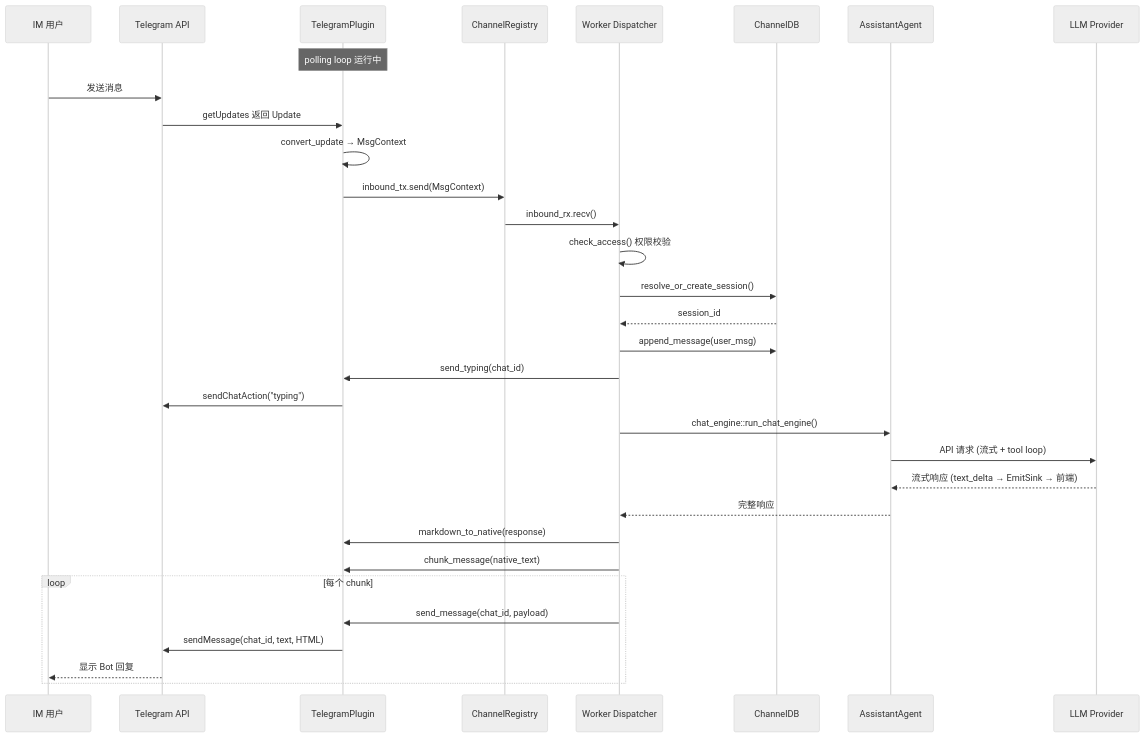
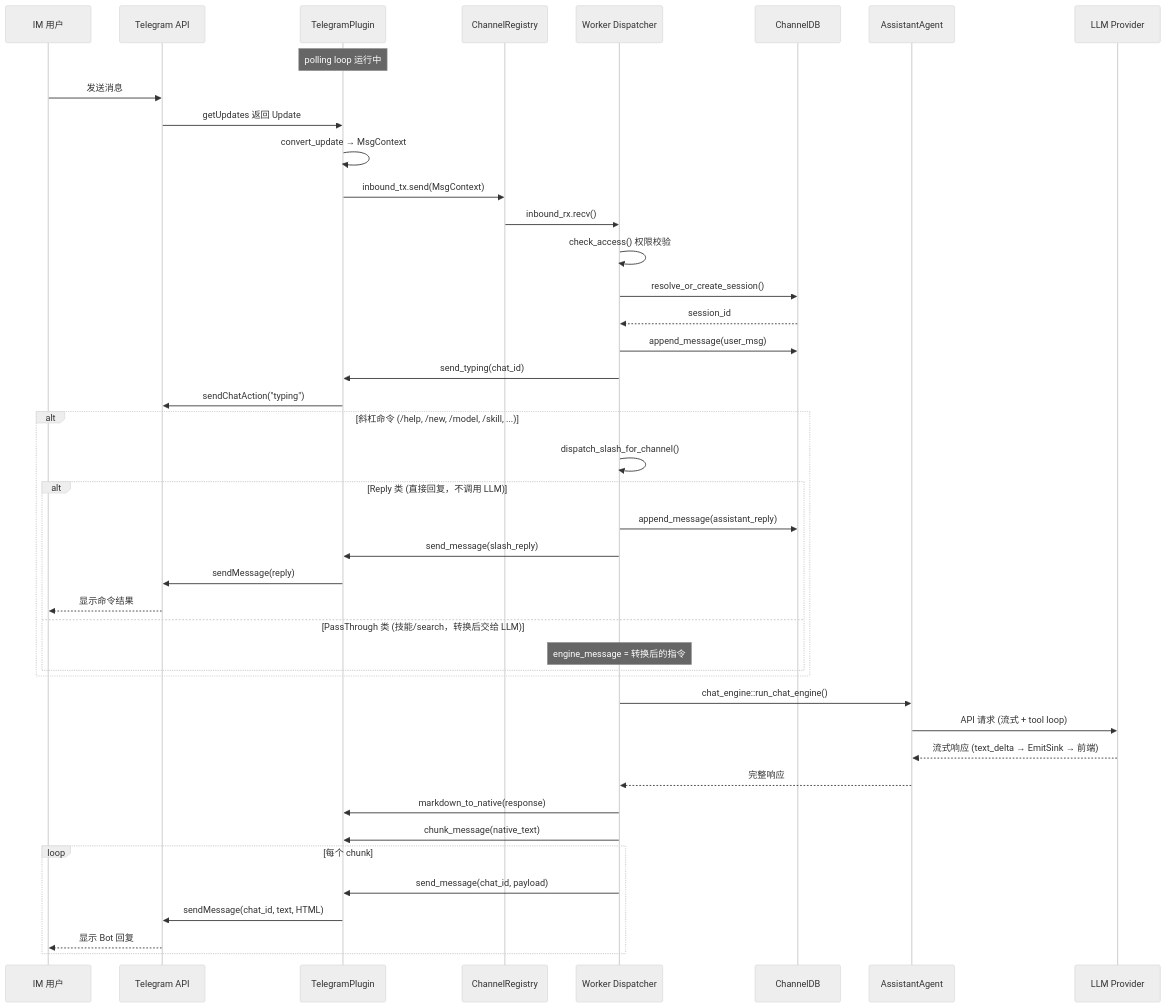
The second of 3 diagrams in docs/im-channel-architecture.md (shiwenwen/hope-agent), drawn with Mermaid (neutral theme) before and after one commit. The commit also changed other lines of this file, not shown here.

Commit message:
docs: update im-channel-architecture for slash command support
- Add step 5a (slash command interception) to the inbound flow diagram
- Update the Mermaid sequence diagram with the slash command alt branch
- Fix UNIQUE constraint in channel_conversations schema (now includes session_id)
- Document /new and /agent session reset behavior (INSERT new row, old row kept)
- Add slash command interception to Worker design decisions section

````diff
--- a/docs/im-channel-architecture.md
+++ b/docs/im-channel-architecture.md
@@ -367,40 +372,52 @@
 ```mermaid
 sequenceDiagram
     participant User as IM 用户
     participant TG as Telegram API
     participant Plugin as TelegramPlugin
     participant Registry as ChannelRegistry
     participant Worker as Worker Dispatcher
     participant DB as ChannelDB
     participant Agent as AssistantAgent
     participant LLM as LLM Provider
 
     Note over Plugin: polling loop 运行中
 
     User->>TG: 发送消息
     TG->>Plugin: getUpdates 返回 Update
     Plugin->>Plugin: convert_update → MsgContext
     Plugin->>Registry: inbound_tx.send(MsgContext)
     Registry->>Worker: inbound_rx.recv()
 
     Worker->>Worker: check_access() 权限校验
     Worker->>DB: resolve_or_create_session()
     DB-->>Worker: session_id
 
     Worker->>DB: append_message(user_msg)
     Worker->>Plugin: send_typing(chat_id)
     Plugin->>TG: sendChatAction("typing")
 
+    alt 斜杠命令 (/help, /new, /model, /skill, ...)
+        Worker->>Worker: dispatch_slash_for_channel()
+        alt Reply 类 (直接回复，不调用 LLM)
+            Worker->>DB: append_message(assistant_reply)
+            Worker->>Plugin: send_message(slash_reply)
+            Plugin->>TG: sendMessage(reply)
+            TG-->>User: 显示命令结果
+        else PassThrough 类 (技能/search，转换后交给 LLM)
+            Note over Worker: engine_message = 转换后的指令
+        end
+    end
+
     Worker->>Agent: chat_engine::run_chat_engine()
     Agent->>LLM: API 请求 (流式 + tool loop)
     LLM-->>Agent: 流式响应 (text_delta → EmitSink → 前端)
     Agent-->>Worker: 完整响应
     Worker->>Plugin: markdown_to_native(response)
     Worker->>Plugin: chunk_message(native_text)
 
     loop 每个 chunk
         Worker->>Plugin: send_message(chat_id, payload)
         Plugin->>TG: sendMessage(chat_id, text, HTML)
         TG-->>User: 显示 Bot 回复
     end
 ```
````
